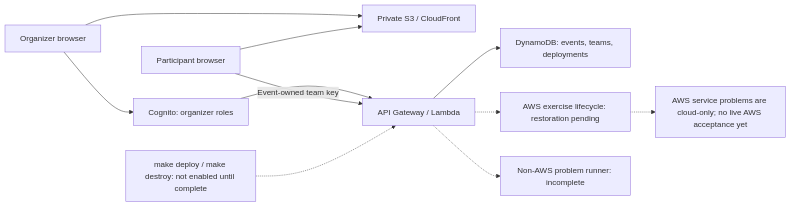
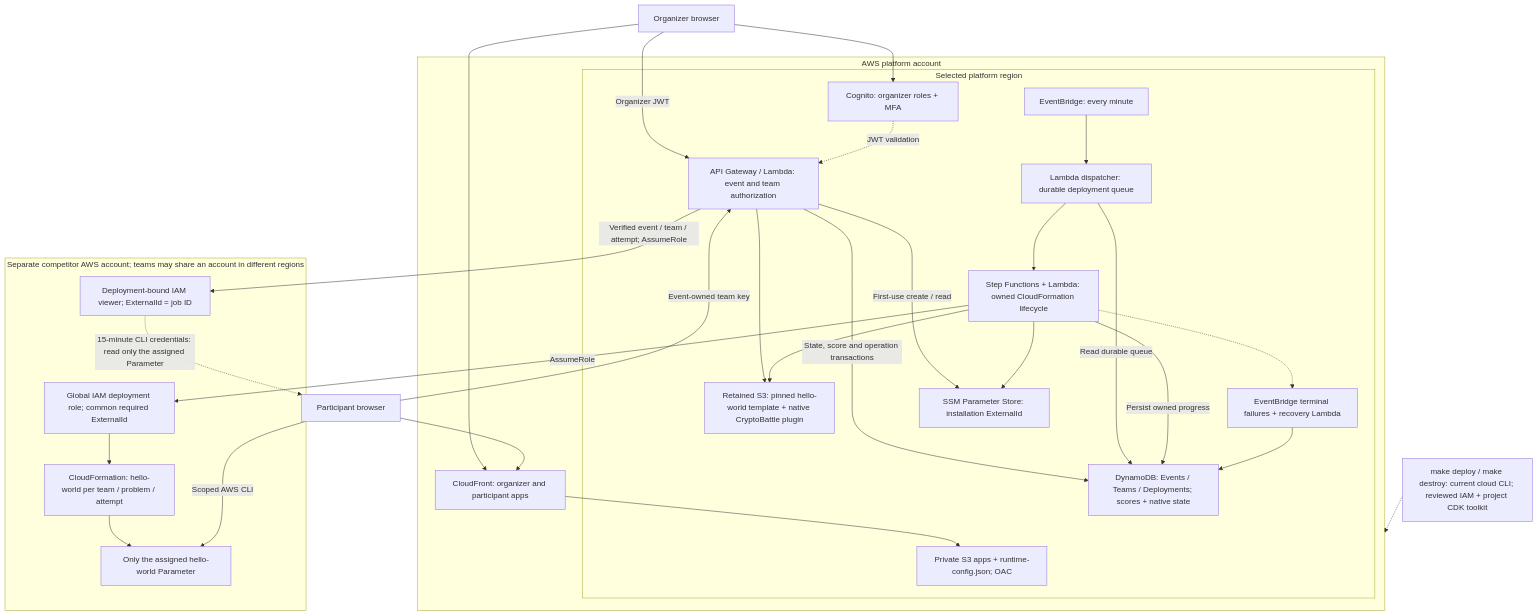
The diagram in docs/architecture/diagrams/cloud-components.mmd (susumutomita/TenkaCloud), drawn with Mermaid before and after one commit. The commit also changed 60 other files, not shown here.

Commit message:
feat: add reviewed cloud setup and preserve current architecture guidance

```diff
--- a/docs/architecture/diagrams/cloud-components.mmd
+++ b/docs/architecture/diagrams/cloud-components.mmd
@@ -1,21 +1,50 @@
-flowchart LR
+flowchart TB
   Organizer["Organizer browser"]
   Participant["Participant browser"]
-  CDN["Private S3 / CloudFront"]
-  Auth["Cognito: organizer roles"]
-  API["API Gateway / Lambda"]
-  DB["DynamoDB: events, teams, deployments"]
-  Deploy["AWS exercise lifecycle: restoration pending"]
-  NonAWS["Non-AWS problem runner: incomplete"]
+  subgraph Platform["AWS platform account"]
+    CDN["CloudFront: organizer and participant apps"]
+    subgraph Region["Selected platform region"]
+      Static["Private S3 apps + runtime-config.json; OAC"]
+      Auth["Cognito: organizer roles + MFA"]
+      API["API Gateway / Lambda: event and team authorization"]
+      DB["DynamoDB: Events / Teams / Deployments; scores + native state"]
+      Artifacts["Retained S3: pinned hello-world template + native CryptoBattle plugin"]
+      Outbox["Lambda dispatcher: durable deployment queue"]
+      Timer["EventBridge: every minute"]
+      Workflow["Step Functions + Lambda: owned CloudFormation lifecycle"]
+      Recovery["EventBridge terminal failures + recovery Lambda"]
+      ExternalId["SSM Parameter Store: installation ExternalId"]
+    end
+  end
+  subgraph Competitor["Separate competitor AWS account; teams may share an account in different regions"]
+    DeployRole["Global IAM deployment role; common required ExternalId"]
+    Viewer["Deployment-bound IAM viewer; ExternalId = job ID"]
+    Stack["CloudFormation: hello-world per team / problem / attempt"]
+    Parameter["Only the assigned hello-world Parameter"]
+  end
+  Commands["make deploy / make destroy: current cloud CLI; reviewed IAM + project CDK toolkit"]
   Organizer --> CDN
   Participant --> CDN
+  CDN --> Static
   Organizer --> Auth
-  Auth --> API
+  Organizer -->|"Organizer JWT"| API
+  Auth -.->|"JWT validation"| API
   Participant -->|"Event-owned team key"| API
-  API --> DB
-  API -.-> Deploy
-  API -.-> NonAWS
-  Commands["make deploy / make destroy: not enabled until complete"]
-  Commands -.-> API
-  Note["AWS service problems are cloud-only; no live AWS acceptance yet"]
-  Deploy -.-> Note
+  API -->|"State, score and operation transactions"| DB
+  API --> Artifacts
+  API -->|"First-use create / read"| ExternalId
+  Timer --> Outbox
+  Outbox -->|"Read durable queue"| DB
+  Outbox --> Workflow
+  Workflow -->|"Persist owned progress"| DB
+  Workflow --> Artifacts
+  Workflow --> ExternalId
+  Workflow -.-> Recovery
+  Recovery --> DB
+  Workflow -->|"AssumeRole"| DeployRole
+  DeployRole --> Stack
+  Stack --> Parameter
+  API -->|"Verified event / team / attempt; AssumeRole"| Viewer
+  Viewer -.->|"15-minute CLI credentials: read only the assigned Parameter"| Participant
+  Participant -->|"Scoped AWS CLI"| Parameter
+  Commands -.-> Platform
```
